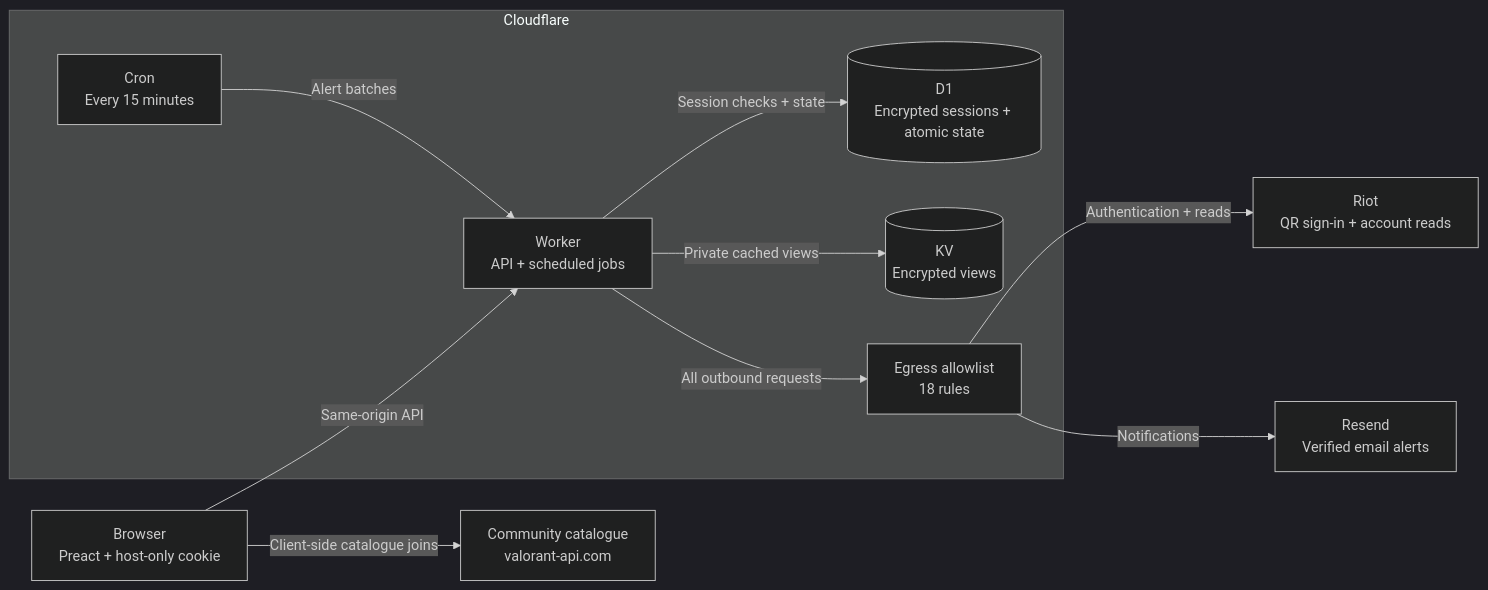
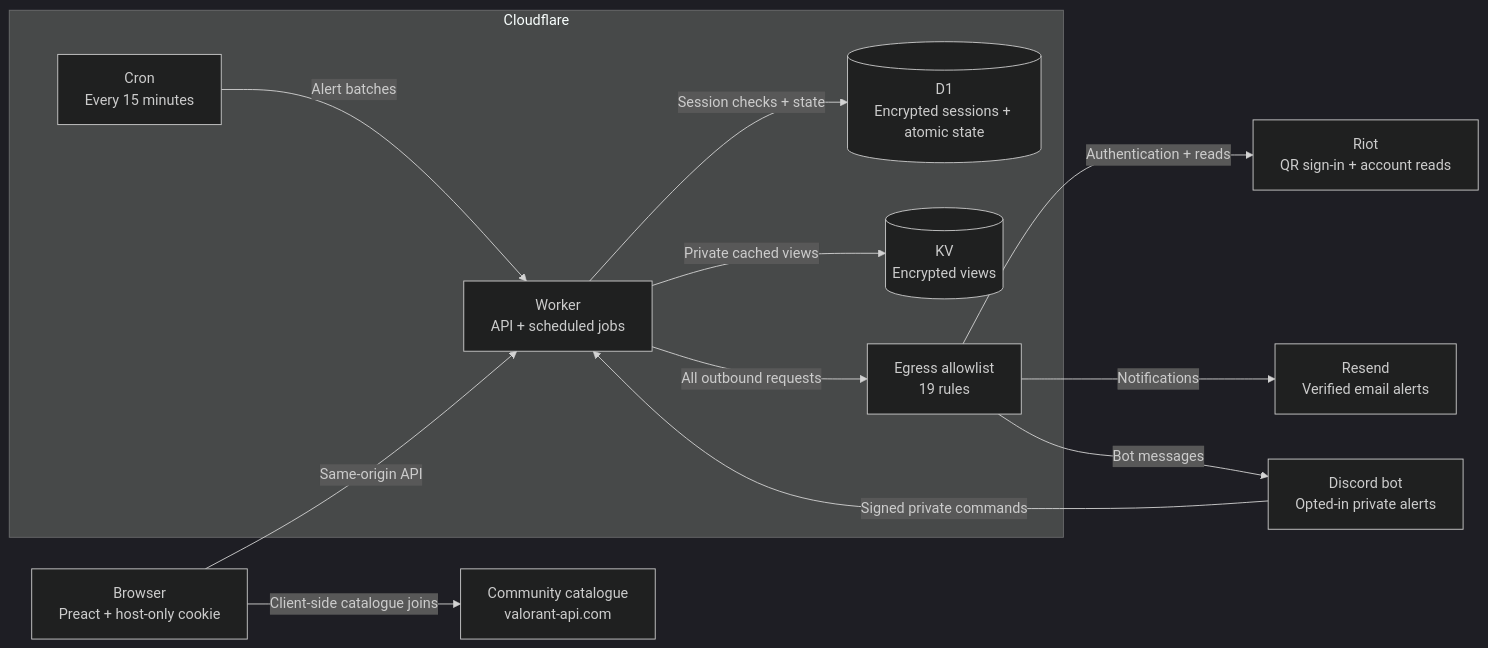
Before and after one commit to NicolasV7/valoox: the diagram in README.md, drawn with Mermaid (dark theme). The commit also changed other lines of this file and 77 other files, not shown here.

First line of the commit message:
feat: email and discord alerts connect independently

````diff
--- a/README.md
+++ b/README.md
@@ -39,24 +42,27 @@
 ```mermaid
 flowchart LR
   B["Browser<br/>Preact + host-only cookie"]
   C["Community catalogue<br/>valorant-api.com"]
   R["Riot<br/>QR sign-in + account reads"]
   N["Resend<br/>Verified email alerts"]
+  Q["Discord bot<br/>Opted-in private alerts"]
 
   subgraph CF["Cloudflare"]
     W["Worker<br/>API + scheduled jobs"]
     D[("D1<br/>Encrypted sessions + atomic state")]
     K[("KV<br/>Encrypted views")]
-    A["Egress allowlist<br/>18 rules"]
+    A["Egress allowlist<br/>19 rules"]
     T["Cron<br/>Every 15 minutes"]
   end
 
   B -->|Same-origin API| W
   B -->|Client-side catalogue joins| C
   W -->|Session checks + state| D
   W -->|Private cached views| K
   T -->|Alert batches| W
   W -->|All outbound requests| A
   A -->|Authentication + reads| R
   A -->|Notifications| N
+  A -->|Bot messages| Q
+  Q -->|Signed private commands| W
 ```
````
